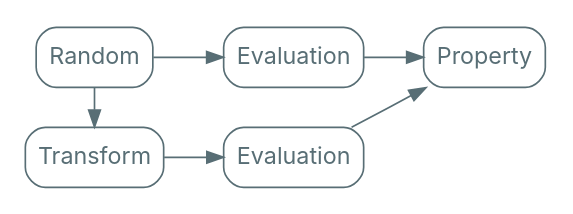
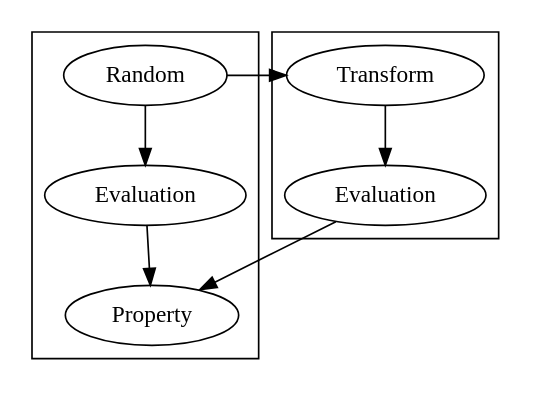
Before and after one commit to nrinaudo/much-ado-about-testing: the diagram in src/graphviz/metamorphic_transform_eval_property.dot, drawn with Graphviz. The commit also changed 98 other files, not shown here.

Commit message:
Use graphviz stylesheets

```diff
--- a/src/graphviz/metamorphic_transform_eval_property.dot
+++ b/src/graphviz/metamorphic_transform_eval_property.dot
@@ -1,28 +1,19 @@
 digraph {
-    bgcolor=transparent
-    rankdir=LR
-
-    // Default theme: enabled
-    node[shape="rectangle" style="rounded,filled" color="#586E75" fillcolor="#ffffff" fontcolor="#586E75" fontname="Inter,Arial"]
-    edge[color="#586E75" fontcolor="#000000" fontname="Inter,Arial" fontsize=11]
-
     subgraph cluster_0 {
-        color=transparent
         Input[label="Random"]
         Evaluation
         Analysis[label="Property"]
     }
 
     subgraph cluster_1 {
-        color=transparent
         Input2[label="Transform"]
         Evaluation2[label="Evaluation"]
     }
 
     Input -> Input2[constraint=false]
     Input2 -> Evaluation2
 
     Input -> Evaluation
     Evaluation -> Analysis
     Evaluation2 -> Analysis
 }
```
